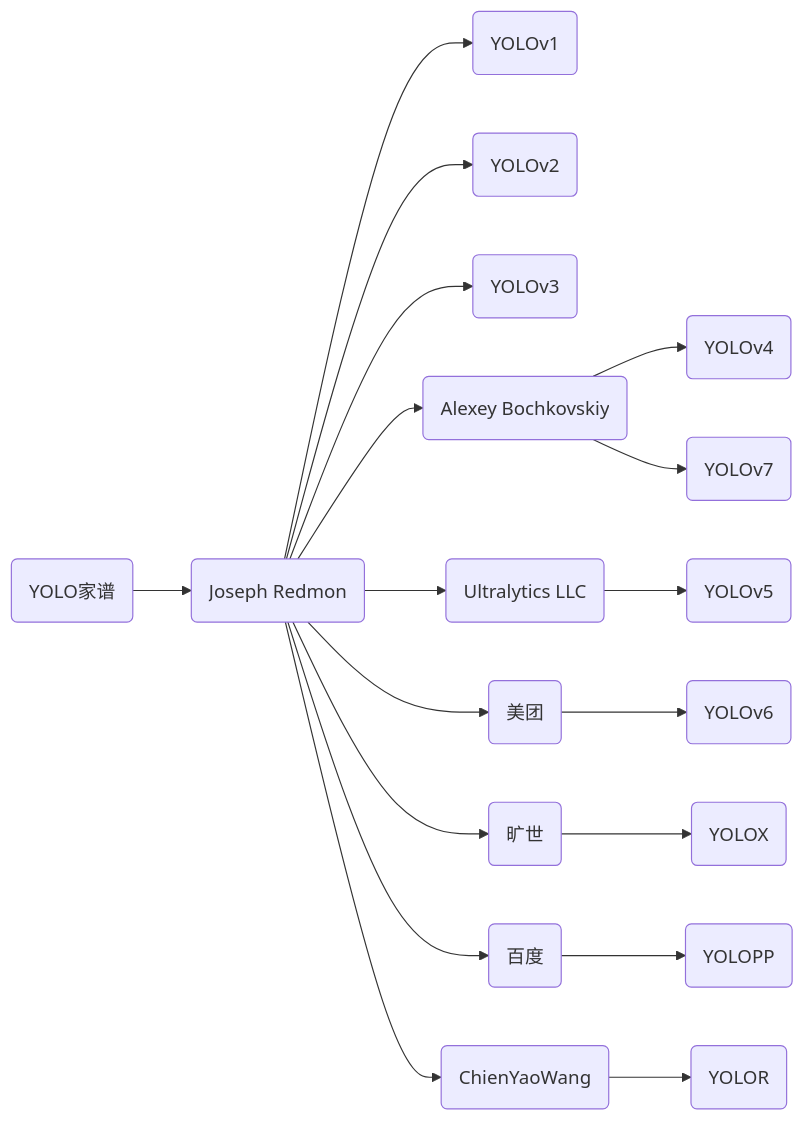
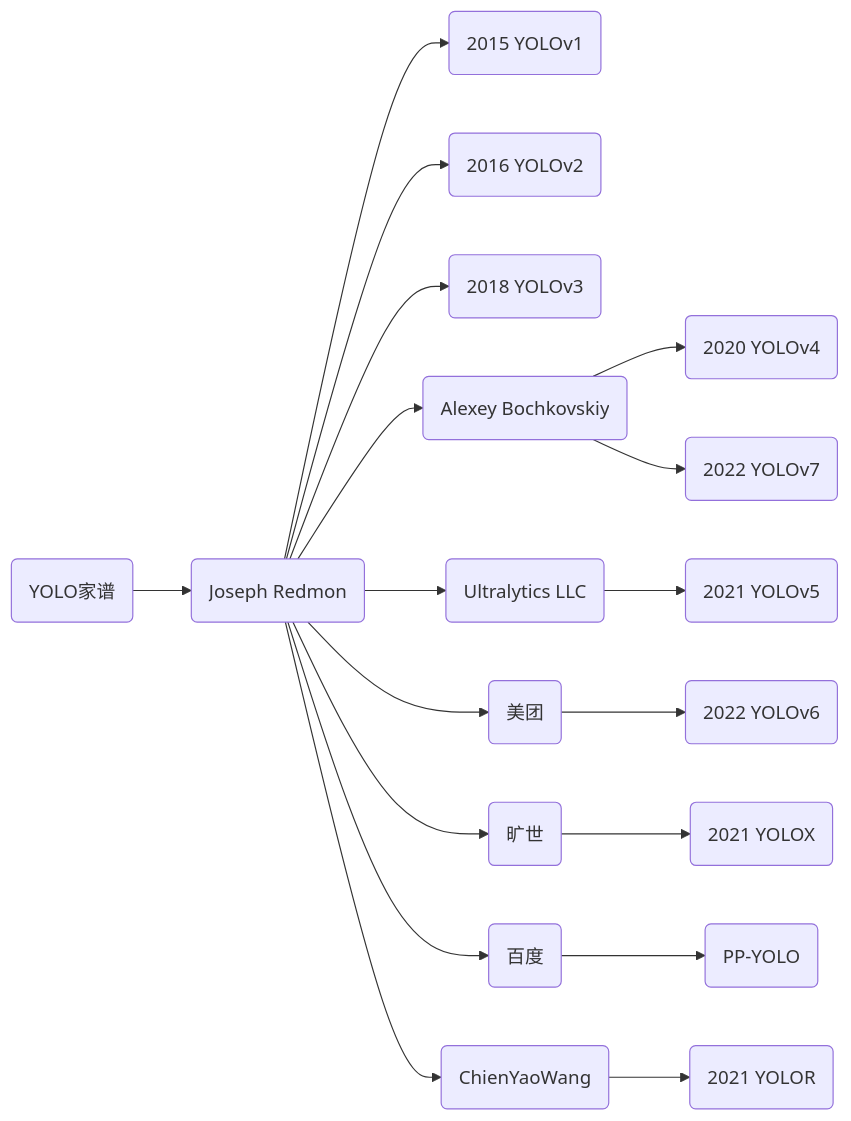
Before and after one commit to junxnone/aiwiki: the diagram in docs/0053_ML_Tasks_Image_Detection_YOLO.md, drawn with Mermaid. The commit also changed other lines of this file, not shown here.

````diff
--- a/docs/0053_ML_Tasks_Image_Detection_YOLO.md
+++ b/docs/0053_ML_Tasks_Image_Detection_YOLO.md
@@ -34,17 +17,17 @@
 ```mermaid
 
 graph LR
     O(YOLO家谱)--> I(Joseph Redmon)
-    I --> V1(YOLOv1)
-    I --> V2(YOLOv2)
-    I --> V3(YOLOv3)
+    I --> V1(2015 YOLOv1)
+    I --> V2(2016 YOLOv2)
+    I --> V3(2018 YOLOv3)
     I --> A(Alexey Bochkovskiy)
-    A --> V4(YOLOv4)
-    A --> V7(YOLOv7)
-    I --> U(Ultralytics LLC) --> V5(YOLOv5)
-    I --> M(美团) --> V6(YOLOv6)
-    I --> K(旷世) --> VX(YOLOX)
-    I --> Ba(百度) --> PP(YOLOPP)
-    I --> CYW(ChienYaoWang) --> VR(YOLOR)
+    A --> V4(2020 YOLOv4)
+    A --> V7(2022 YOLOv7)
+    I --> U(Ultralytics LLC) --> V5(2021 YOLOv5)
+    I --> M(美团) --> V6(2022 YOLOv6)
+    I --> K(旷世) --> VX(2021 YOLOX)
+    I --> Ba(百度) --> PP(PP-YOLO)
+    I --> CYW(ChienYaoWang) --> VR(2021 YOLOR)
 
 ```
````
